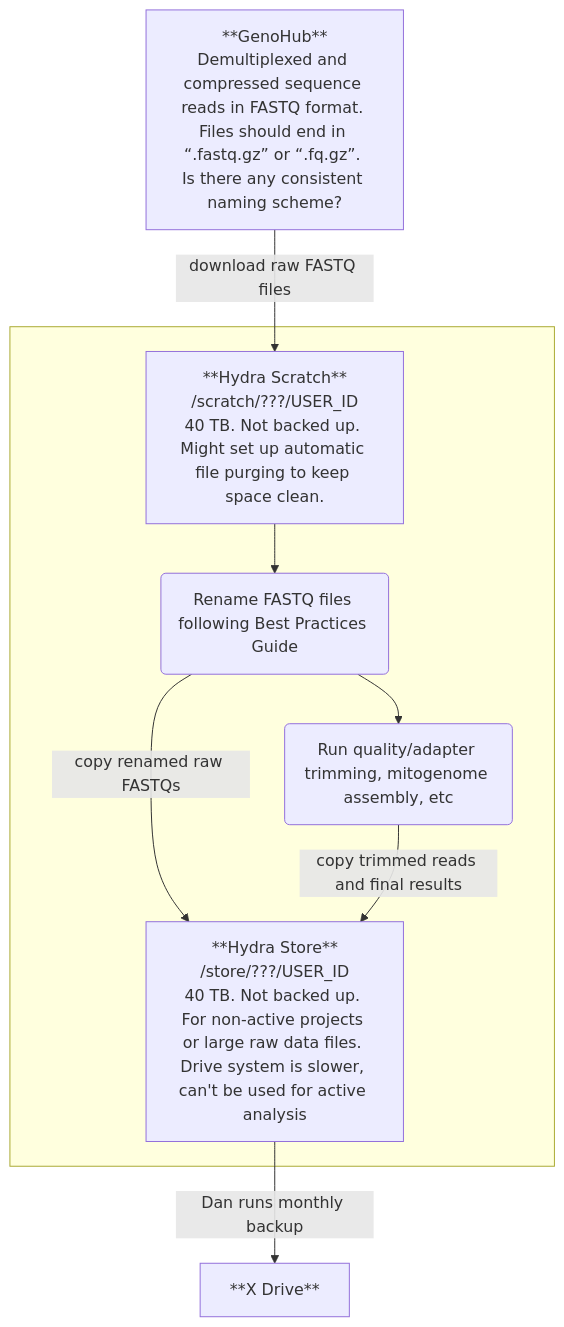
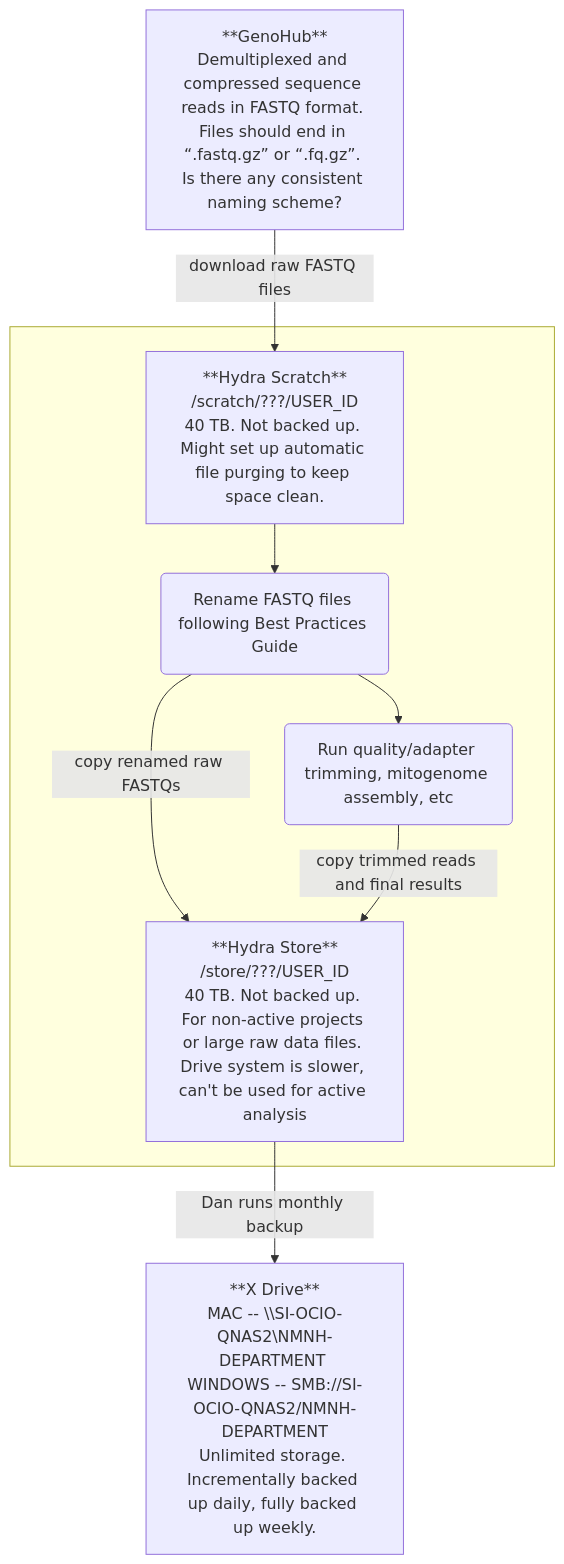
One commit to Smithsonian/NMNH-Ocean-DNA changed the diagram in README.md. Above: the diagram before and after it, drawn with Mermaid.

````diff
--- a/README.md
+++ b/README.md
@@ -5,25 +5,28 @@
 ```mermaid
 graph TD;
 
   GenoHub[**GenoHub**
 Demultiplexed and compressed sequence reads in FASTQ format. Files should end in “.fastq.gz” or “.fq.gz”. Is there any consistent naming scheme?]
   Rename("`Rename FASTQ files following Best Practices Guide`")
   Analyses(Run quality/adapter trimming, mitogenome assembly, etc)
   Scratch[**Hydra Scratch**
 /scratch/???/USER_ID
 40 TB. Not backed up. Might set up automatic file purging to keep space clean.]
   Store[**Hydra Store**
 /store/???/USER_ID
 40 TB. Not backed up. For non-active projects or large raw data files. Drive system is slower, can't be used for active analysis]
-  XDrive[**X Drive**]
+  XDrive[**X Drive**
+MAC -- \\SI-OCIO-QNAS2\NMNH-DEPARTMENT 
+WINDOWS -- SMB://SI-OCIO-QNAS2/NMNH-DEPARTMENT
+Unlimited storage. Incrementally backed up daily, fully backed up weekly.]
 
   GenoHub--download raw FASTQ files-->Scratch
   subgraph " "
     Scratch-->Rename
     Rename-->Analyses
     Rename--copy renamed raw FASTQs-->Store
     Analyses--copy trimmed reads and final results-->Store
   end
   Store--Dan runs monthly backup-->XDrive
 
 ```
````
